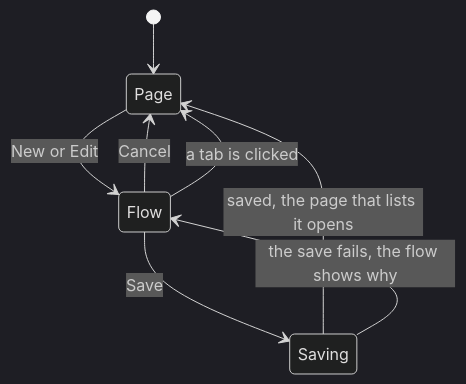
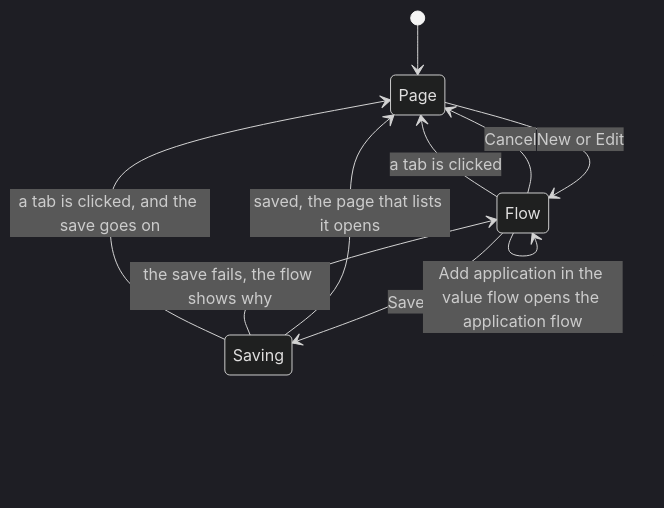
Before and after one commit to TheLunchTrae/appy-tappy: diagram 13 of 17 in docs/developer/state-machines.md, drawn with Mermaid (dark theme). The commit also changed other lines of this file, not shown here.

````diff
--- a/docs/developer/state-machines.md
+++ b/docs/developer/state-machines.md
@@ -417,10 +425,12 @@
 ```mermaid
 stateDiagram-v2
     [*] --> Page
     Page --> Flow: New or Edit
     Flow --> Page: Cancel
     Flow --> Saving: Save
     Saving --> Page: saved, the page that lists it opens
     Saving --> Flow: the save fails, the flow shows why
     Flow --> Page: a tab is clicked
+    Saving --> Page: a tab is clicked, and the save goes on
+    Flow --> Flow: Add application in the value flow opens the application flow
 ```
````
